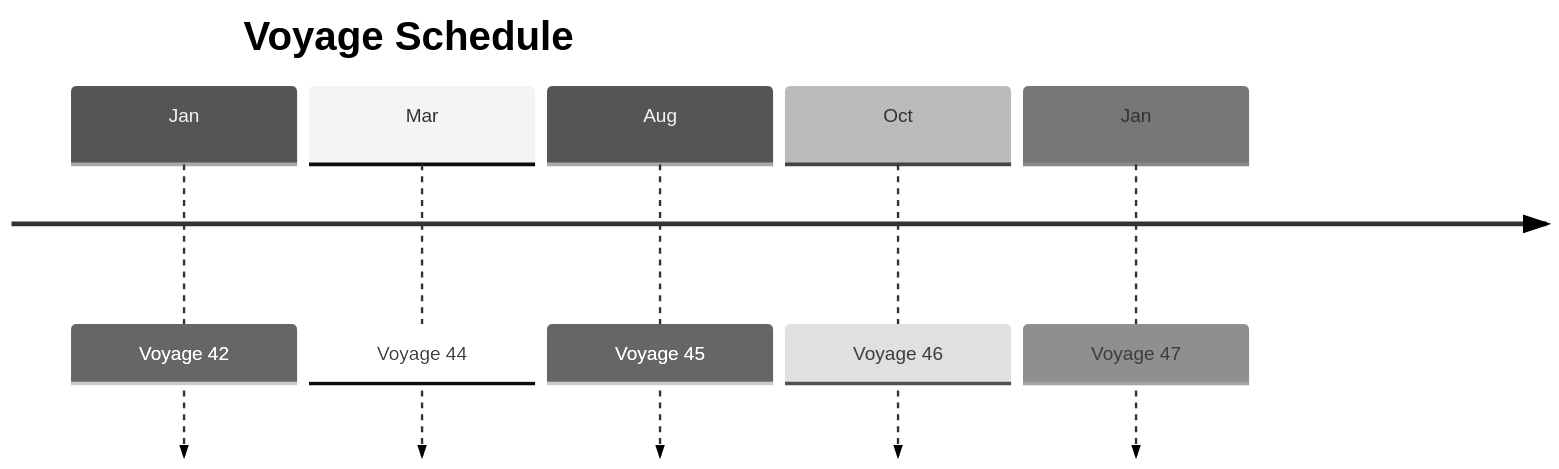
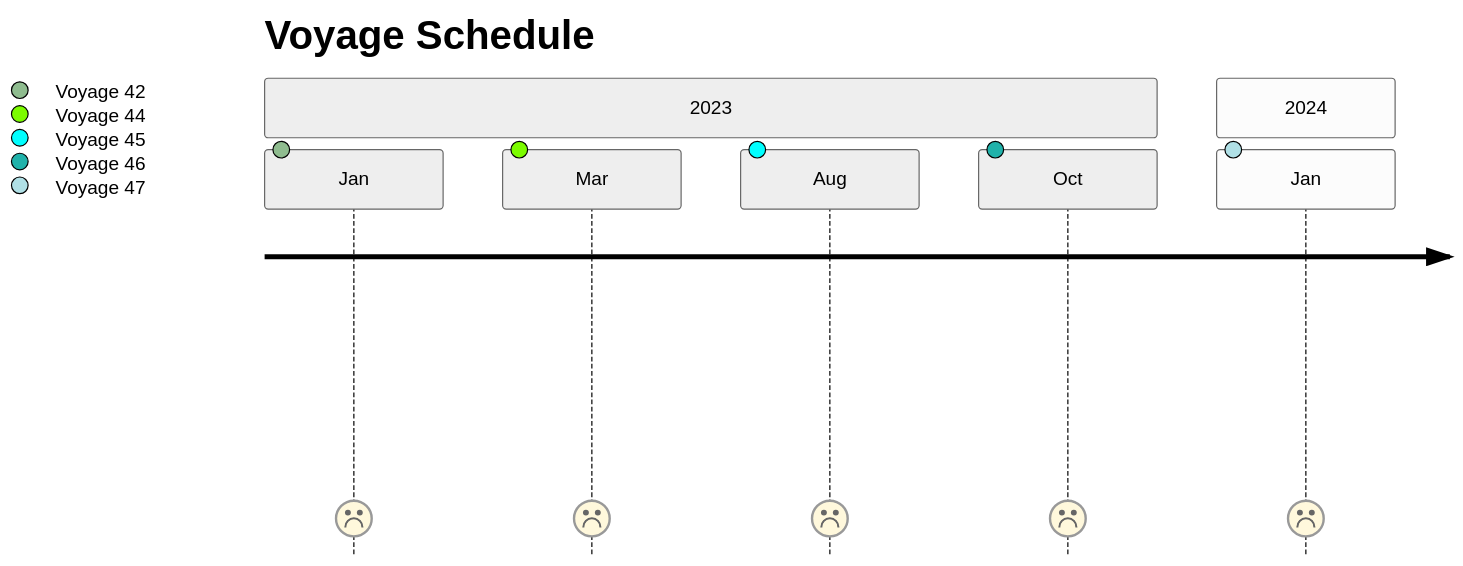
One commit to chingu-voyages/Handbook changed the first of 2 diagrams in docs/guides/voyage.md. Above: the diagram before and after it, drawn with Mermaid (neutral theme).

Commit message:
Feature: Update Voyage schedule [WIP]

````diff
--- a/docs/guides/voyage.md
+++ b/docs/guides/voyage.md
@@ -17,9 +17,11 @@
 ```mermaid
-timeline
+journey
     title Voyage Schedule
-      Jan: Voyage 42
-      Mar: Voyage 44
-      Aug: Voyage 45
-      Oct: Voyage 46
-      Jan: Voyage 47
+      section 2023
+        Jan: 1: Voyage 42
+        Mar: 1: Voyage 44
+        Aug: 1: Voyage 45
+        Oct: 1: Voyage 46
+      section 2024
+        Jan: 1: Voyage 47
 ```
````
